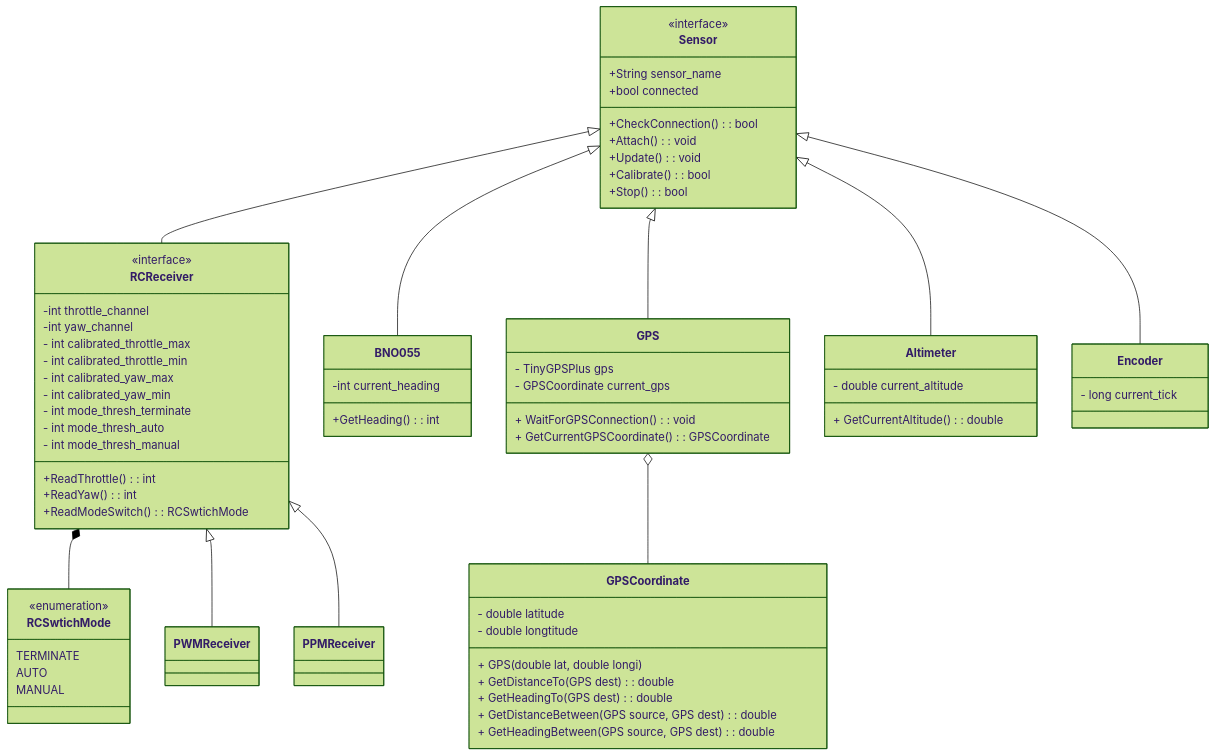
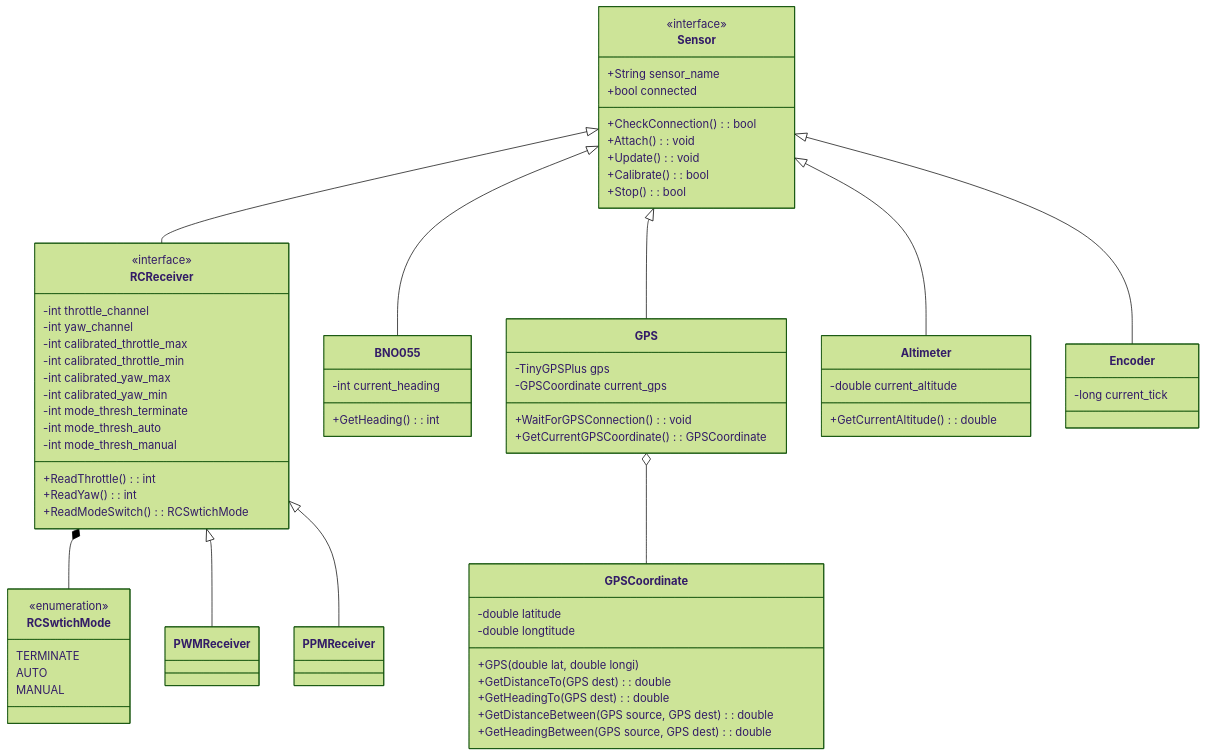
Before and after one commit to ubcuas/Airdrop-Software-2022: the first of 3 diagrams in docs/DESIGN.md, drawn with Mermaid (forest theme). The commit also changed other lines of this file, not shown here.

````diff
--- a/docs/DESIGN.md
+++ b/docs/DESIGN.md
@@ -26,84 +26,84 @@
 ```mermaid
 classDiagram
 
 
 class Sensor {
  <<interface>>
  +String sensor_name
  +bool connected
  +CheckConnection(): bool
  +Attach(): void
  +Update(): void
  +Calibrate(): bool
  +Stop(): bool
 }
 
 Sensor <|-- RCReceiver
 RCReceiver *-- RCSwtichMode
 class RCReceiver{
  <<interface>>
 -int throttle_channel
 -int yaw_channel
-- int calibrated_throttle_max
-- int calibrated_throttle_min
-- int calibrated_yaw_max
-- int calibrated_yaw_min
-- int mode_thresh_terminate
-- int mode_thresh_auto
-- int mode_thresh_manual
+-int calibrated_throttle_max
+-int calibrated_throttle_min
+-int calibrated_yaw_max
+-int calibrated_yaw_min
+-int mode_thresh_terminate
+-int mode_thresh_auto
+-int mode_thresh_manual
 +ReadThrottle(): int
 +ReadYaw(): int
 +ReadModeSwitch(): RCSwtichMode
 }
 
 class RCSwtichMode{
   <<enumeration>>
   TERMINATE
   AUTO
   MANUAL
 }
 
 RCReceiver <|-- PWMReceiver
 
 RCReceiver <|-- PPMReceiver
 
 Sensor <|-- BNO055
 class BNO055 {
   -int current_heading
   +GetHeading(): int
 }
 
 
 Sensor <|-- GPS
 class GPS {
-  - TinyGPSPlus gps
-  - GPSCoordinate current_gps
-  + WaitForGPSConnection(): void
-  + GetCurrentGPSCoordinate(): GPSCoordinate
+  -TinyGPSPlus gps
+  -GPSCoordinate current_gps
+  +WaitForGPSConnection(): void
+  +GetCurrentGPSCoordinate(): GPSCoordinate
 }
 
 GPS o-- GPSCoordinate
 class GPSCoordinate {
-  - double latitude
-  - double longtitude
-  + GPS(double lat, double longi)
-  + GetDistanceTo(GPS dest): double
-  + GetHeadingTo(GPS dest): double
-  + GetDistanceBetween(GPS source, GPS dest): double
-  + GetHeadingBetween(GPS source, GPS dest): double
+  -double latitude
+  -double longtitude
+  +GPS(double lat, double longi)
+  +GetDistanceTo(GPS dest): double
+  +GetHeadingTo(GPS dest): double
+  +GetDistanceBetween(GPS source, GPS dest): double
+  +GetHeadingBetween(GPS source, GPS dest): double
 }
 
 
 Sensor <|-- Altimeter
 class Altimeter {
-  - double current_altitude
-  + GetCurrentAltitude(): double
+  -double current_altitude
+  +GetCurrentAltitude(): double
 }
 
 Sensor <|-- Encoder
 class Encoder {
-  - long current_tick
+  -long current_tick
 }
 
 
 ```
````
